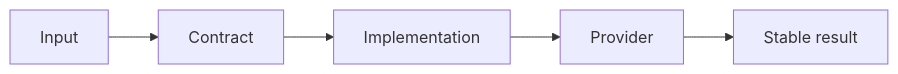
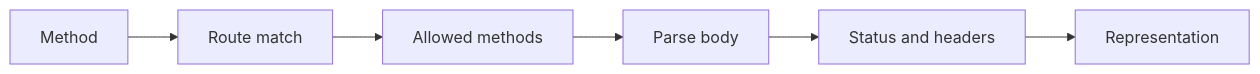
The diagram in path/to/docs/reference/http-contracts.mdx (jeffersoncampos12p-dev/jeston), drawn with Mermaid before and after one commit. The commit also changed other lines of this file and 31 other files, not shown here.

````diff
--- a/path/to/docs/reference/http-contracts.mdx
+++ b/path/to/docs/reference/http-contracts.mdx
@@ -88,7 +51,8 @@
 ```mermaid placement="top-right"
 flowchart LR
-    input[Input] --> contract[Contract]
-    contract --> implementation[Implementation]
-    implementation --> provider[Provider]
-    provider --> result[Stable result]
+    method[Method] --> route[Route match]
+    route --> allow[Allowed methods]
+    allow --> body[Parse body]
+    body --> status[Status and headers]
+    status --> representation[Representation]
 ```
````
